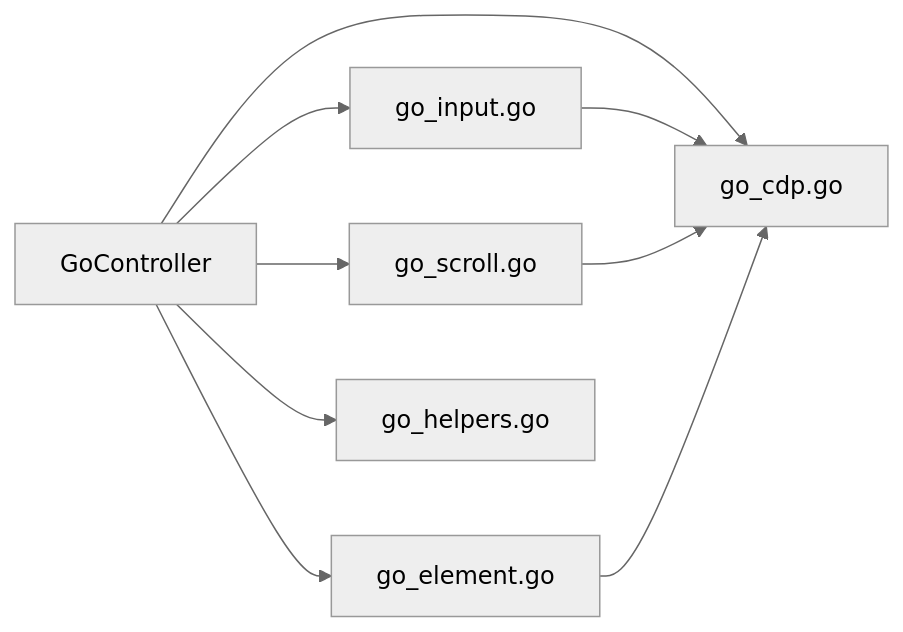
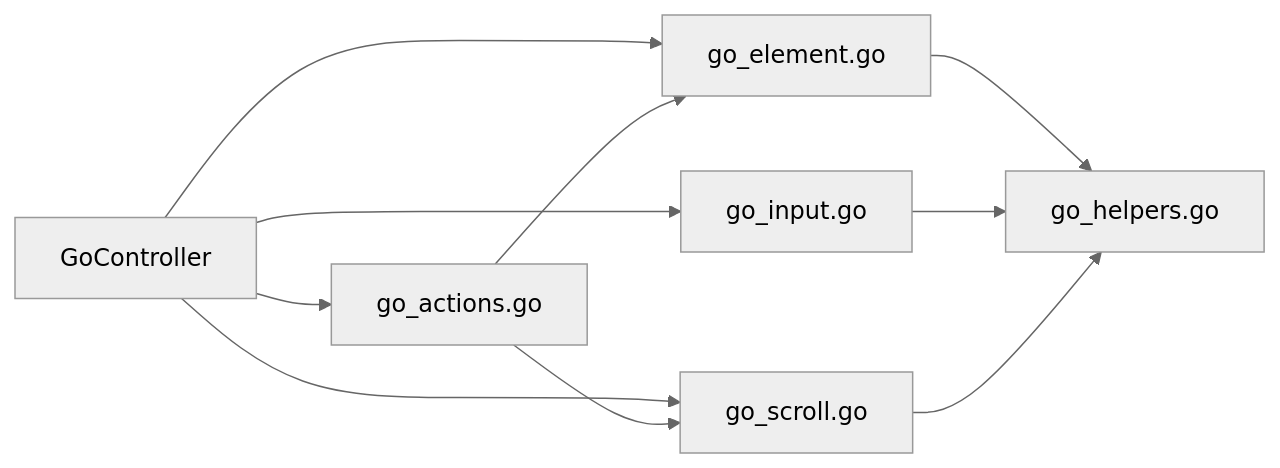
One commit to alvinwangzi/goodhr changed the eighth of 8 diagrams in .qoder/repowiki/zh/content/本地执行器/浏览器自动化/浏览器控制器/元素操作封装.md. Above: the diagram before and after it, drawn with Mermaid (neutral theme). The commit also changed other lines of this file and 149 other files, not shown here.

````diff
--- a/.qoder/repowiki/zh/content/本地执行器/浏览器自动化/浏览器控制器/元素操作封装.md
+++ b/.qoder/repowiki/zh/content/本地执行器/浏览器自动化/浏览器控制器/元素操作封装.md
@@ -304,11 +327,12 @@
 ```mermaid
 graph LR
 Ctrl["GoController"] --> Elem["go_element.go"]
-Ctrl --> Inp["go_input.go"]
-Ctrl --> Scr["go_scroll.go"]
-Ctrl --> CDP["go_cdp.go"]
-Ctrl --> Hlp["go_helpers.go"]
-Inp --> CDP
-Scr --> CDP
-Elem --> CDP
+Ctrl --> Input["go_input.go"]
+Ctrl --> Scroll["go_scroll.go"]
+Ctrl --> Actions["go_actions.go"]
+Elem --> Helpers["go_helpers.go"]
+Input --> Helpers
+Scroll --> Helpers
+Actions --> Elem
+Actions --> Scroll
 ```
````
